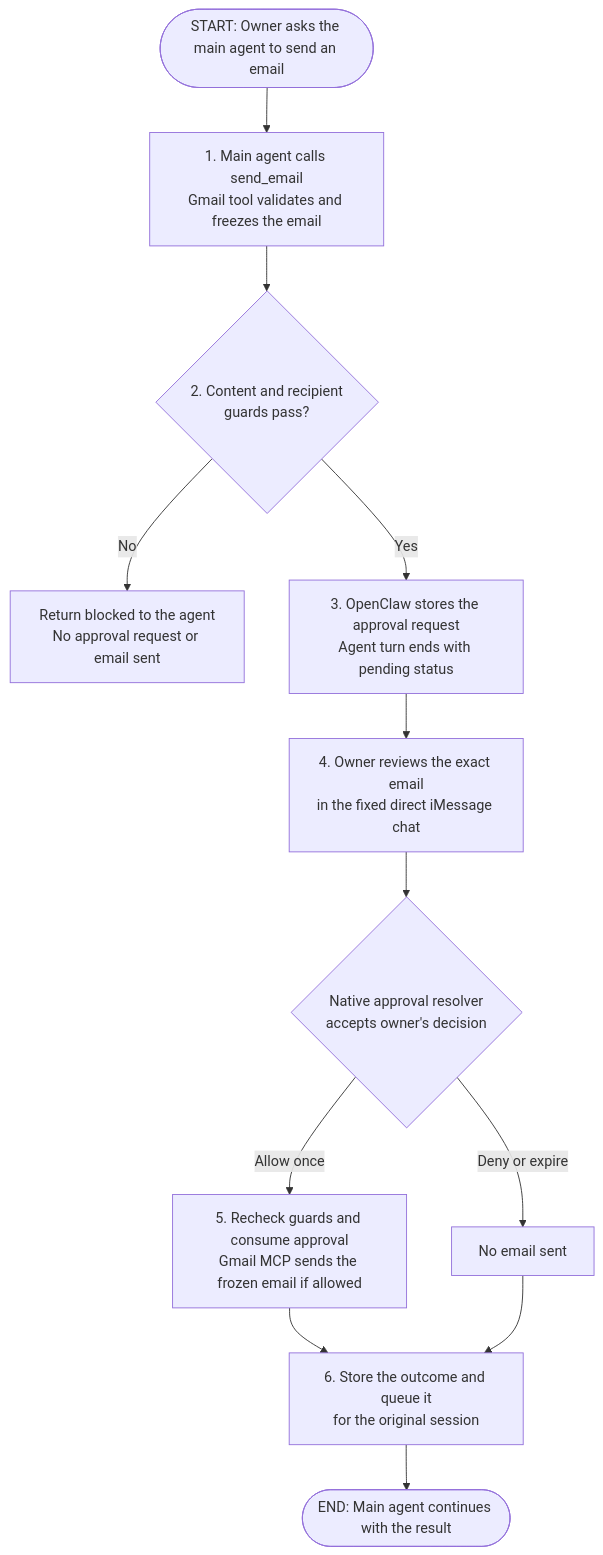
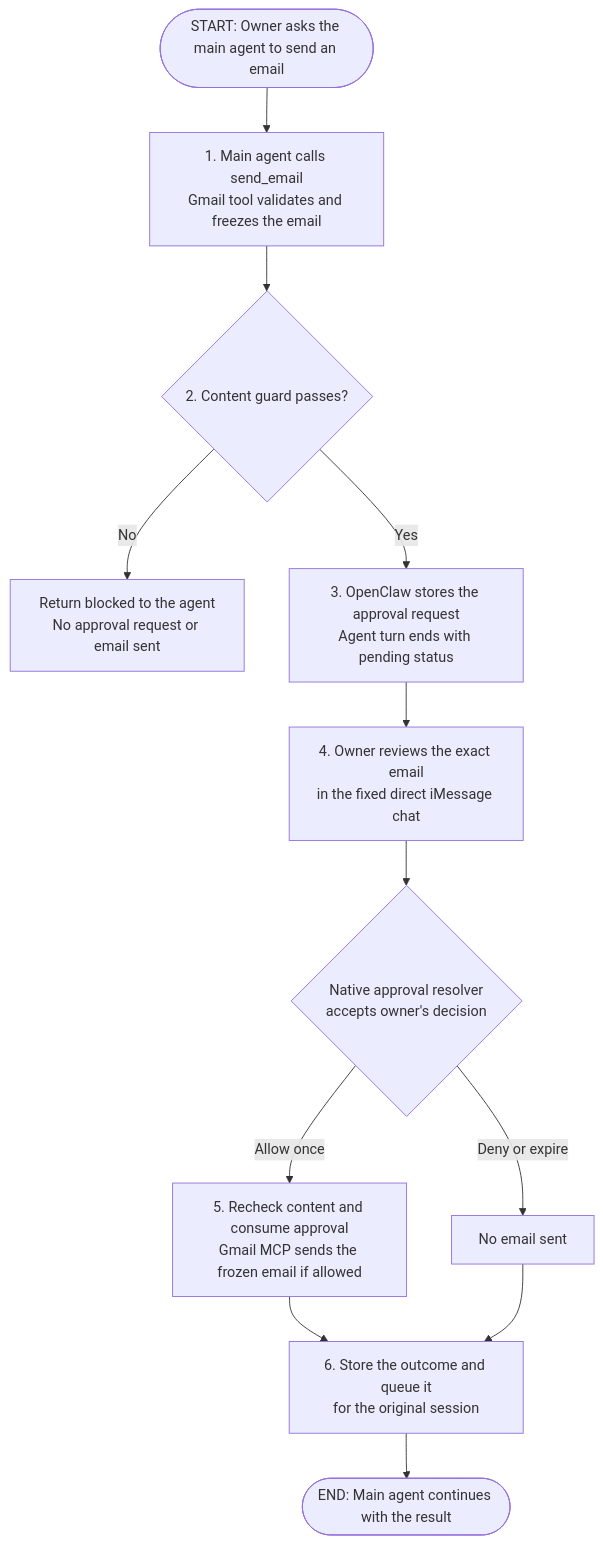
The diagram in docs/plans/todoist-68-asynchronous-tool-approvals.md (coletaylor788/puddles), drawn with Mermaid before and after one commit. The commit also changed other lines of this file and 2 other files, not shown here.

Commit message:
Use owner approval for Gmail recipients and retain content checks

````diff
--- a/docs/plans/todoist-68-asynchronous-tool-approvals.md
+++ b/docs/plans/todoist-68-asynchronous-tool-approvals.md
@@ -26,15 +26,15 @@
 ```mermaid
 flowchart TD
     Start(["START: Owner asks the main agent to send an email"])
     Start --> Prepare["1. Main agent calls send_email<br/>Gmail tool validates and freezes the email"]
-    Prepare --> Guards{"2. Content and recipient<br/>guards pass?"}
+    Prepare --> Guards{"2. Content guard passes?"}
     Guards -->|"No"| Blocked["Return blocked to the agent<br/>No approval request or email sent"]
     Guards -->|"Yes"| Pending["3. OpenClaw stores the approval request<br/>Agent turn ends with pending status"]
     Pending --> Review["4. Owner reviews the exact email<br/>in the fixed direct iMessage chat"]
     Review --> Decision{"Native approval resolver<br/>accepts owner's decision"}
-    Decision -->|"Allow once"| Send["5. Recheck guards and consume approval<br/>Gmail MCP sends the frozen email if allowed"]
+    Decision -->|"Allow once"| Send["5. Recheck content and consume approval<br/>Gmail MCP sends the frozen email if allowed"]
     Decision -->|"Deny or expire"| NoSend["No email sent"]
     Send --> Result["6. Store the outcome and queue it<br/>for the original session"]
     NoSend --> Result
     Result --> Resume(["END: Main agent continues with the result"])
 ```
````
